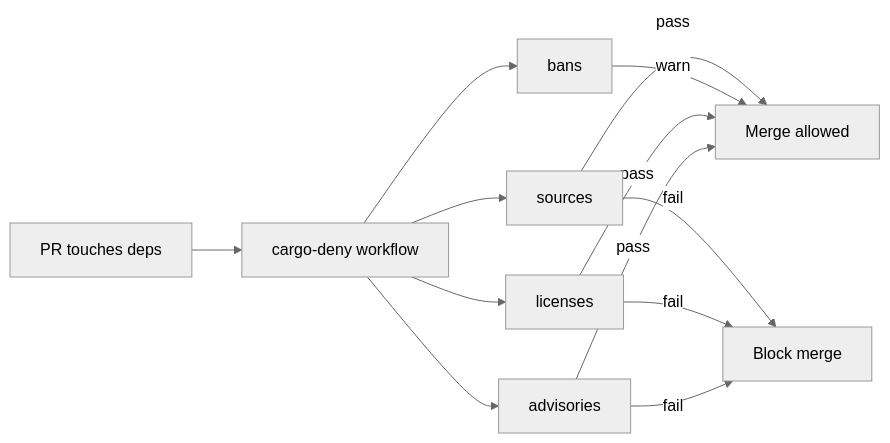
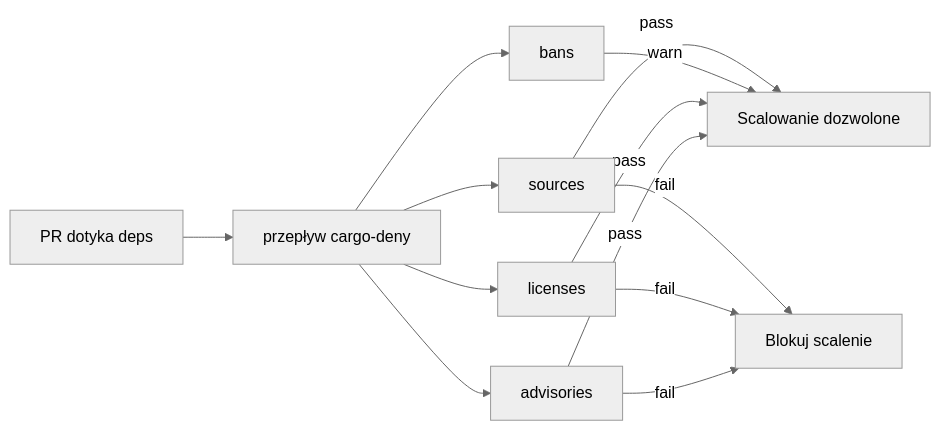
Before and after one commit to leszek3737/librefang-WIki: the diagram in root-deny-toml.md, drawn with Mermaid (neutral theme). The commit also changed other lines of this file and 104 other files, not shown here.

````diff
--- a/root-deny-toml.md
+++ b/root-deny-toml.md
@@ -31,15 +31,15 @@
 ```mermaid
 flowchart LR
-    PR[PR touches deps] --> CI[cargo-deny workflow]
+    PR[PR dotyka deps] --> CI[przepływ cargo-deny]
     CI --> ADV[advisories]
     CI --> LIC[licenses]
     CI --> BAN[bans]
     CI --> SRC[sources]
-    ADV -- pass --> OK[Merge allowed]
+    ADV -- pass --> OK[Scalowanie dozwolone]
     LIC -- pass --> OK
     BAN -- warn --> OK
     SRC -- pass --> OK
-    ADV -- fail --> BLK[Block merge]
+    ADV -- fail --> BLK[Blokuj scalenie]
     LIC -- fail --> BLK
     SRC -- fail --> BLK
 ```
````
